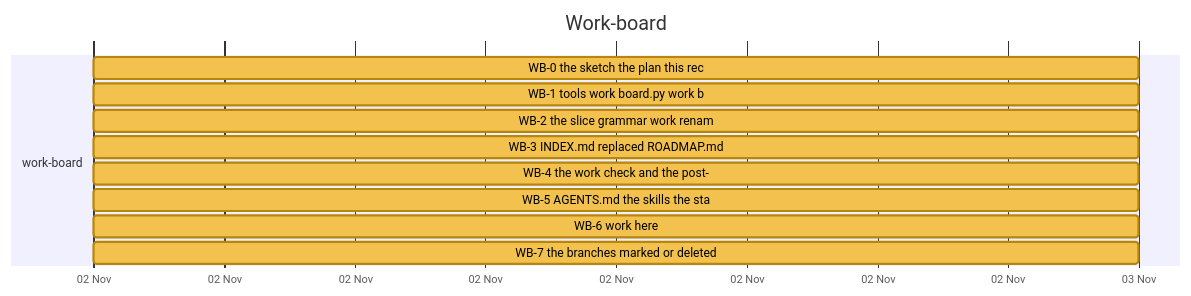
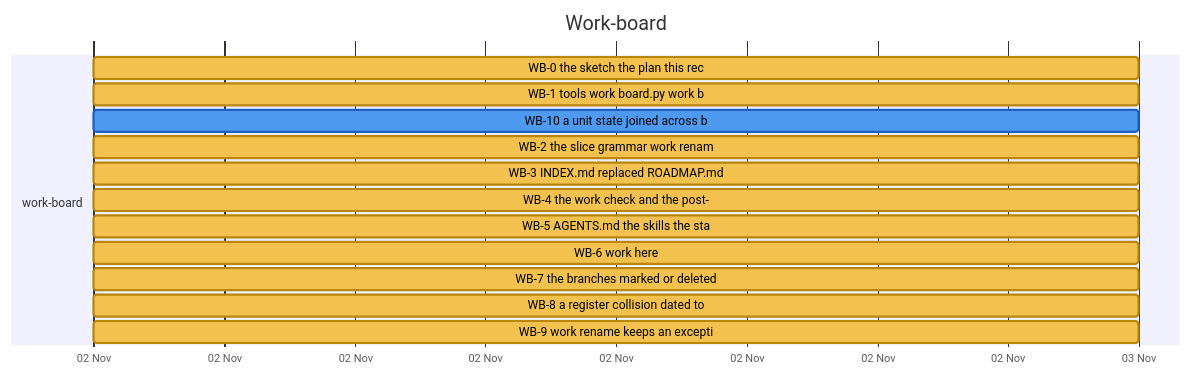
Diagram 17 of 26 in docs/developer/ROADMAP.md (nebularis/lattice), drawn with Mermaid before and after one commit. The commit also changed other lines of this file and 16 other files, not shown here.

First line of the commit message:
[work-board] WB-10: a unit's state rolled up from its board, held and joined

````diff
--- a/docs/developer/ROADMAP.md
+++ b/docs/developer/ROADMAP.md
@@ -414,16 +472,19 @@
 ```mermaid
 %%{init: {"themeVariables": {"taskBkgColor": "#f2c14e", "taskBorderColor": "#b8860b", "taskTextColor": "#000000", "activeTaskBkgColor": "#4e9af1", "activeTaskBorderColor": "#1f5fbf", "activeTaskBorderColor": "#1f5fbf", "doneTaskBkgColor": "#8fcf8f", "doneTaskBorderColor": "#2f7d32", "critBkgColor": "#f28b82", "critBorderColor": "#b23a30", "taskTextDarkColor": "#000000", "taskTextLightColor": "#000000"}}}%%
 gantt
     title Work-board
     dateFormat YYYY-MM-DD
     axisFormat %d %b
     section work-board
     WB-0 the sketch the plan this rec :wb0, 2026-11-02, 2026-11-03
     WB-1 tools work board.py work b :wb1, 2026-11-02, 2026-11-03
+    WB-10 a unit state joined across b :active, wb10, 2026-11-02, 2026-11-03
     WB-2 the slice grammar work renam :wb2, 2026-11-02, 2026-11-03
     WB-3 INDEX.md replaced ROADMAP.md :wb3, 2026-11-02, 2026-11-03
     WB-4 the work check and the post- :wb4, 2026-11-02, 2026-11-03
     WB-5 AGENTS.md the skills the sta :wb5, 2026-11-02, 2026-11-03
     WB-6 work here :wb6, 2026-11-02, 2026-11-03
     WB-7 the branches marked or deleted :wb7, 2026-11-02, 2026-11-03
+    WB-8 a register collision dated to :wb8, 2026-11-02, 2026-11-03
+    WB-9 work rename keeps an excepti :wb9, 2026-11-02, 2026-11-03
 ```
````
